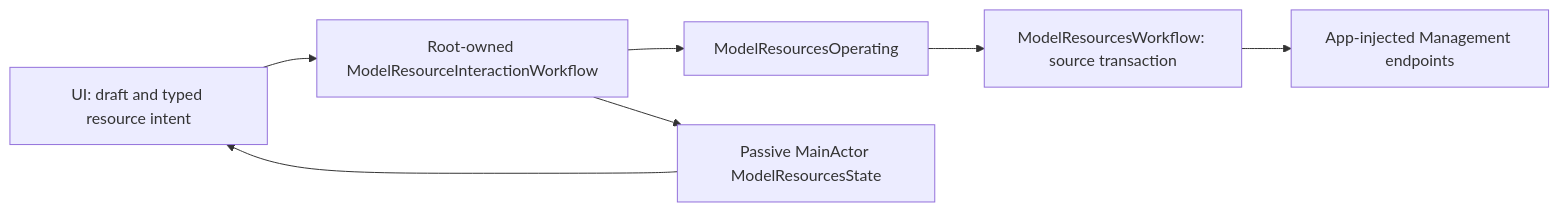
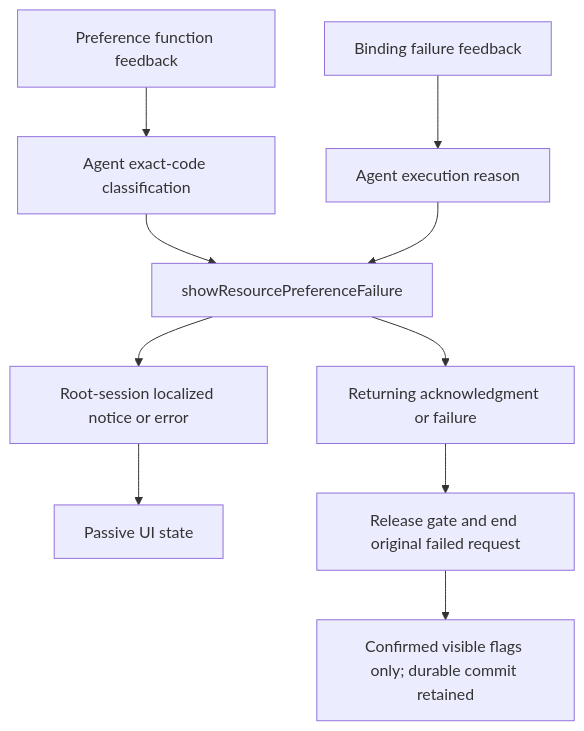
One commit to devilyouwei/MobileHarness changed the fifth of 6 diagrams in MobileHarness/App/Workflows/Settings/README.md. Above: the diagram before and after it, drawn with Mermaid. The commit also changed other lines of this file and 201 other files, not shown here.

First line of the commit message:
Complete agent-driven interaction routing and organize business agents

````diff
--- a/MobileHarness/App/Workflows/Settings/README.md
+++ b/MobileHarness/App/Workflows/Settings/README.md
@@ -50,9 +128,12 @@
 ```mermaid
-flowchart LR
-    View[UI: draft and typed resource intent] --> Interaction[Root-owned ModelResourceInteractionWorkflow]
-    Interaction --> Operations[ModelResourcesOperating]
-    Operations --> Persistence[ModelResourcesWorkflow: source transaction]
-    Persistence --> Injected[App-injected Management endpoints]
-    Interaction --> State[Passive MainActor ModelResourcesState]
-    State --> View
+flowchart TD
+    Preference[Preference function feedback] --> Code[Agent exact-code classification]
+    Binding[Binding failure feedback] --> Execution[Agent execution reason]
+    Code --> Show[showResourcePreferenceFailure]
+    Execution --> Show
+    Show --> Endpoint[Root-session localized notice or error]
+    Endpoint --> State[Passive UI state]
+    Show --> Feedback[Returning acknowledgment or failure]
+    Feedback --> Terminal[Release gate and end original failed request]
+    Terminal --> Rollback[Confirmed visible flags only; durable commit retained]
 ```
````
